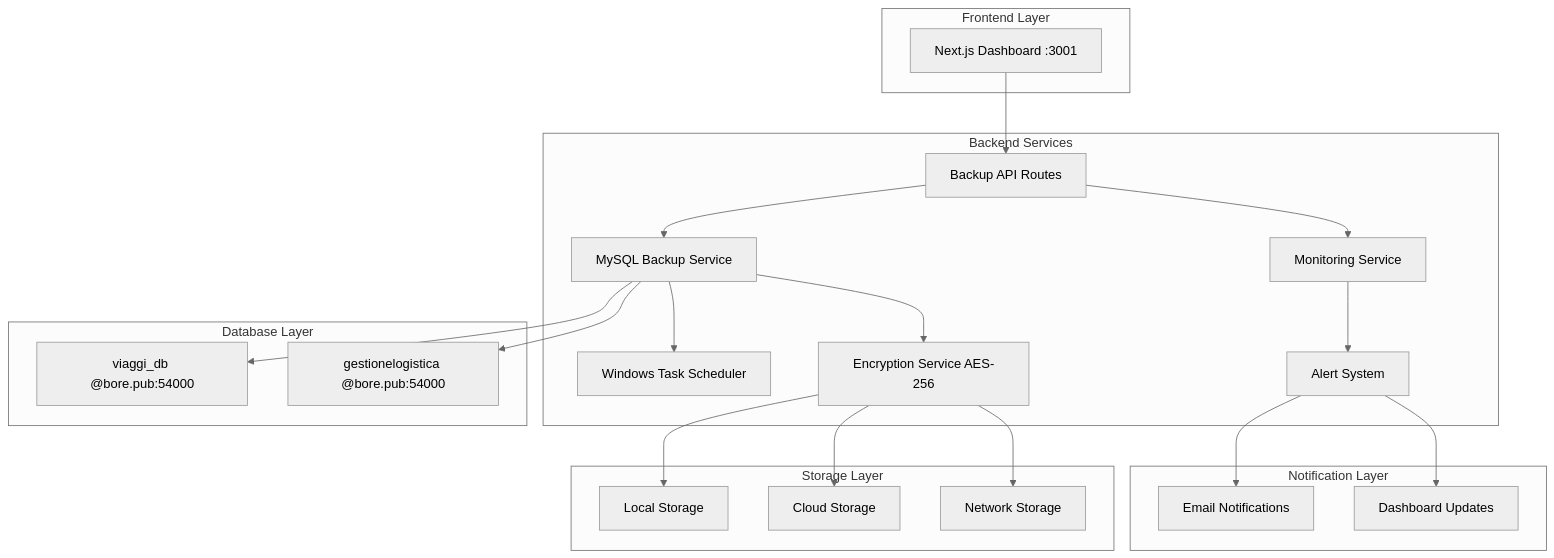
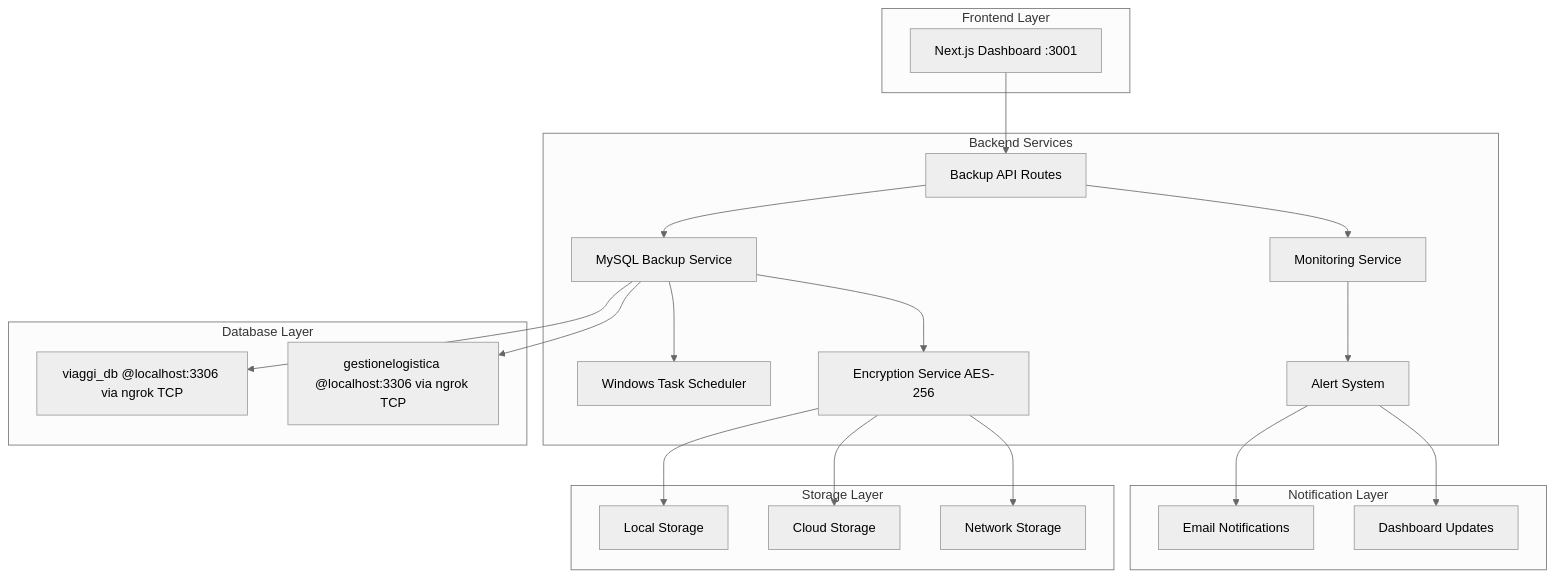
The second of 4 diagrams in .trae/documents/sistema_backup_mysql_dual_database.md (Xena75/Gestione-Partesa), drawn with Mermaid (neutral theme) before and after one commit. The commit also changed other lines of this file and 15 other files, not shown here.

````diff
--- a/.trae/documents/sistema_backup_mysql_dual_database.md
+++ b/.trae/documents/sistema_backup_mysql_dual_database.md
@@ -120,45 +126,45 @@
 ```mermaid
 graph TD
     A[Next.js Dashboard :3001] --> B[Backup API Routes]
     B --> C[MySQL Backup Service]
-    C --> D[viaggi_db @bore.pub:54000]
-    C --> E[gestionelogistica @bore.pub:54000]
+    C --> D[viaggi_db @localhost:3306 via ngrok TCP]
+    C --> E[gestionelogistica @localhost:3306 via ngrok TCP]
     C --> F[Windows Task Scheduler]
     C --> G[Encryption Service AES-256]
     G --> H[Local Storage]
     G --> I[Cloud Storage]
     G --> J[Network Storage]
     B --> K[Monitoring Service]
     K --> L[Alert System]
     L --> M[Email Notifications]
     L --> N[Dashboard Updates]
 
     subgraph "Frontend Layer"
         A
     end
 
     subgraph "Backend Services"
         B
         C
         F
         G
         K
         L
     end
 
     subgraph "Database Layer"
         D
         E
     end
 
     subgraph "Storage Layer"
         H
         I
         J
     end
 
     subgraph "Notification Layer"
         M
         N
     end
 ```
````
